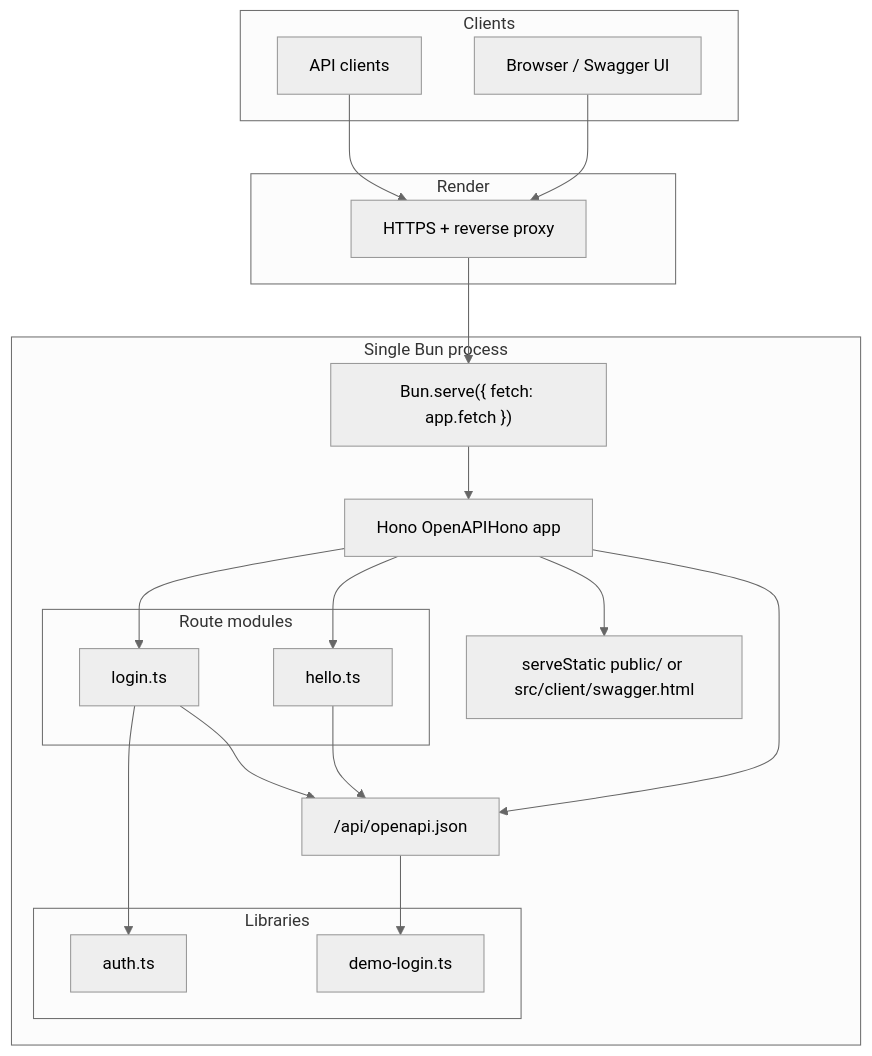
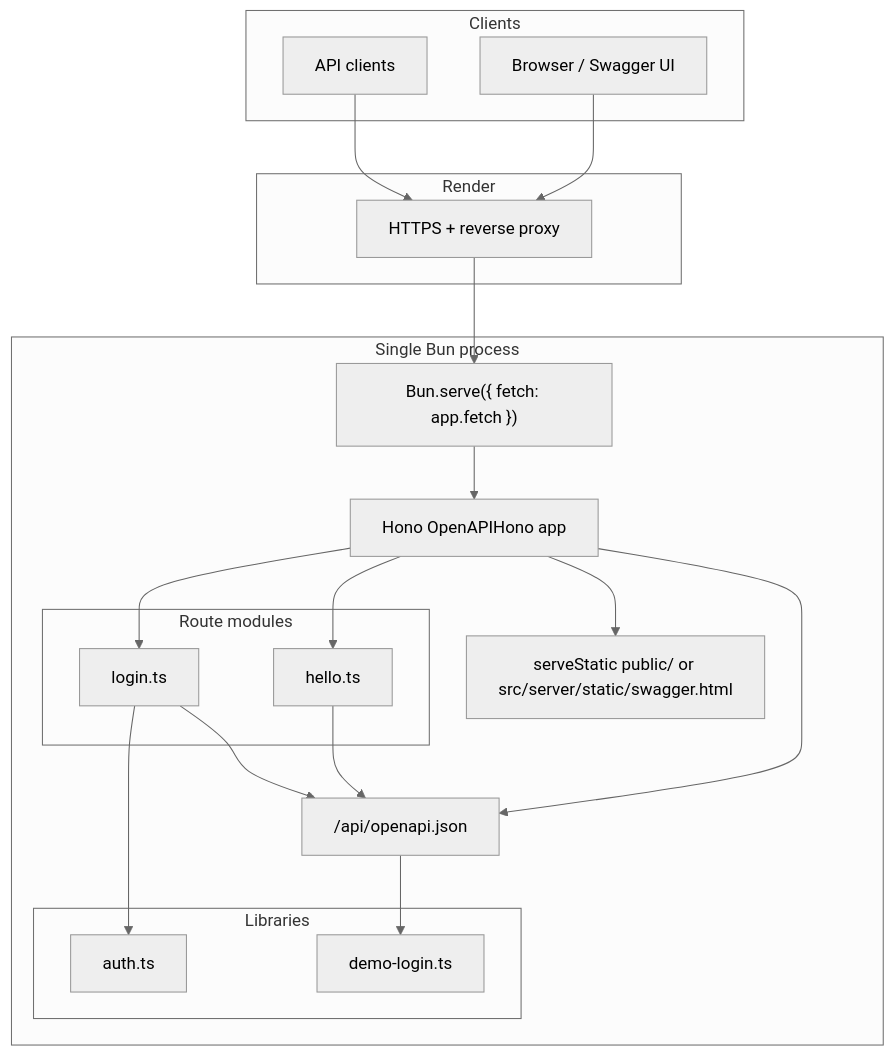
One commit to EthanOK/ethan-dapp-server changed the first of 5 diagrams in develop/architecture.md. Above: the diagram before and after it, drawn with Mermaid (neutral theme). The commit also changed other lines of this file and 6 other files, not shown here.

First line of the commit message:
refactor: move Swagger UI to server/static and simplify build

````diff
--- a/develop/architecture.md
+++ b/develop/architecture.md
@@ -19,42 +19,42 @@
 ```mermaid
 flowchart TB
   subgraph clients [Clients]
     Browser[Browser / Swagger UI]
     APIClient[API clients]
   end
 
   subgraph render [Render]
     TLS[HTTPS + reverse proxy]
   end
 
   subgraph process [Single Bun process]
     BunServe["Bun.serve({ fetch: app.fetch })"]
     Hono[Hono OpenAPIHono app]
 
     subgraph routes [Route modules]
       Hello[hello.ts]
       Login[login.ts]
     end
 
     subgraph lib [Libraries]
       Auth[auth.ts]
       DemoLogin[demo-login.ts]
     end
 
-    Static[serveStatic public/ or src/client/swagger.html]
+    Static[serveStatic public/ or src/server/static/swagger.html]
     OpenAPI["/api/openapi.json"]
   end
 
   Browser --> TLS
   APIClient --> TLS
   TLS --> BunServe
   BunServe --> Hono
   Hono --> Hello
   Hono --> Login
   Hono --> Static
   Hono --> OpenAPI
   Login --> Auth
   OpenAPI --> DemoLogin
   Hello --> OpenAPI
   Login --> OpenAPI
 ```
````
